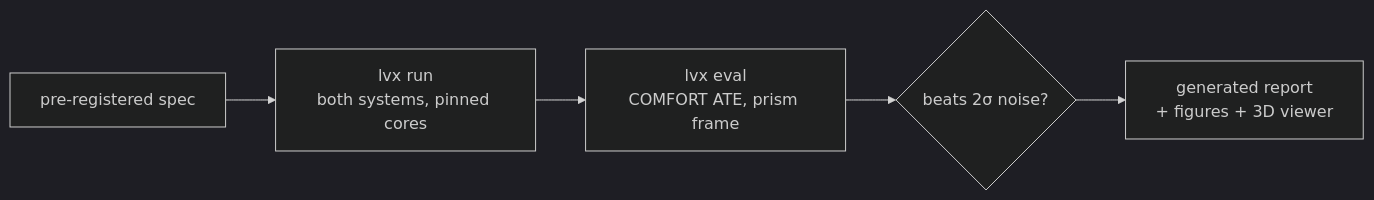
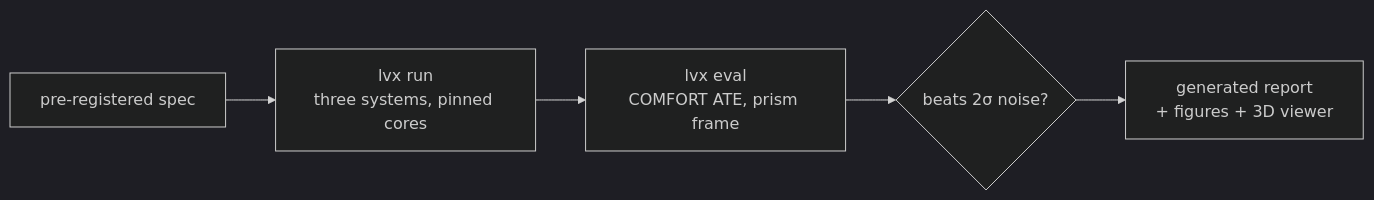
One commit to Munna-Manoj/LVIO_exp changed the second of 2 diagrams in README.md. Above: the diagram before and after it, drawn with Mermaid (dark theme). The commit also changed other lines of this file and 18 other files, not shown here.

````diff
--- a/README.md
+++ b/README.md
@@ -58,7 +58,7 @@
 ```mermaid
 flowchart LR
-  spec[pre-registered spec] --> run[lvx run<br/>both systems, pinned cores]
+  spec[pre-registered spec] --> run[lvx run<br/>three systems, pinned cores]
   run --> eval[lvx eval<br/>COMFORT ATE, prism frame]
   eval --> noise{beats 2σ noise?}
   noise --> report[generated report<br/>+ figures + 3D viewer]
 ```
````
